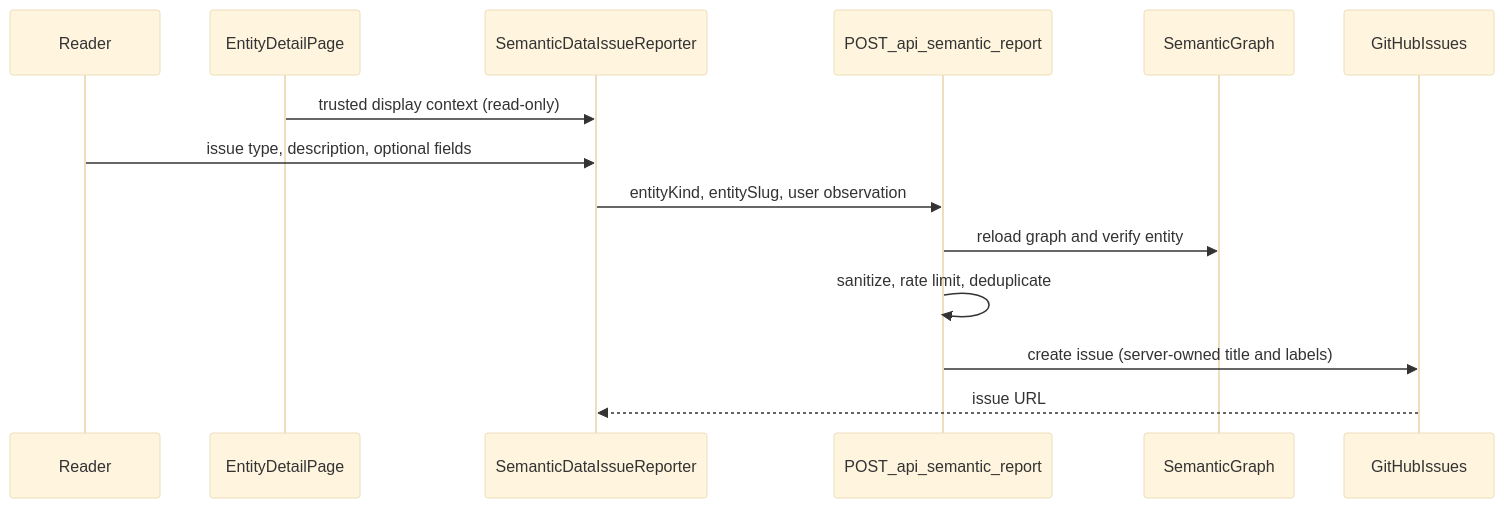
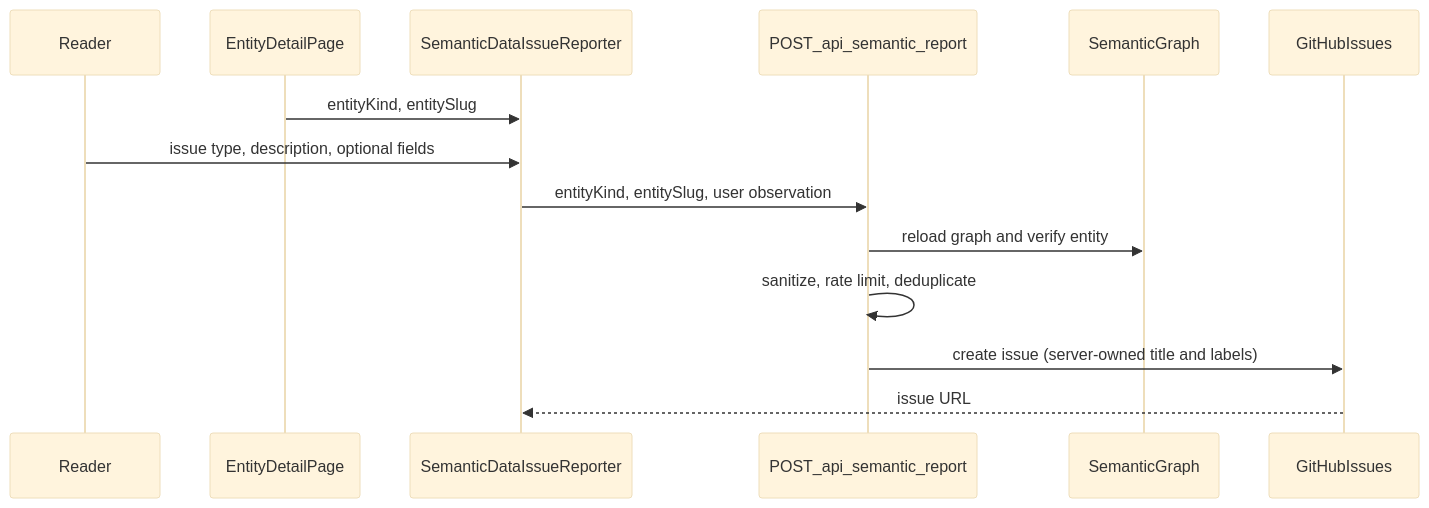
Before and after one commit to ksteffe/after-certainty-site: the diagram in docs/semantic-data-reporting.md, drawn with Mermaid (base theme). The commit also changed other lines of this file and 9 other files, not shown here.

First line of the commit message:
Remove trusted context panel from report modal

````diff
--- a/docs/semantic-data-reporting.md
+++ b/docs/semantic-data-reporting.md
@@ -9,17 +9,17 @@
 ```mermaid
 sequenceDiagram
   participant Reader
   participant Page as EntityDetailPage
   participant Modal as SemanticDataIssueReporter
   participant API as POST_api_semantic_report
   participant Graph as SemanticGraph
   participant GH as GitHubIssues
 
-  Page->>Modal: trusted display context (read-only)
+  Page->>Modal: entityKind, entitySlug
   Reader->>Modal: issue type, description, optional fields
   Modal->>API: entityKind, entitySlug, user observation
   API->>Graph: reload graph and verify entity
   API->>API: sanitize, rate limit, deduplicate
   API->>GH: create issue (server-owned title and labels)
   GH-->>Modal: issue URL
 ```
````
